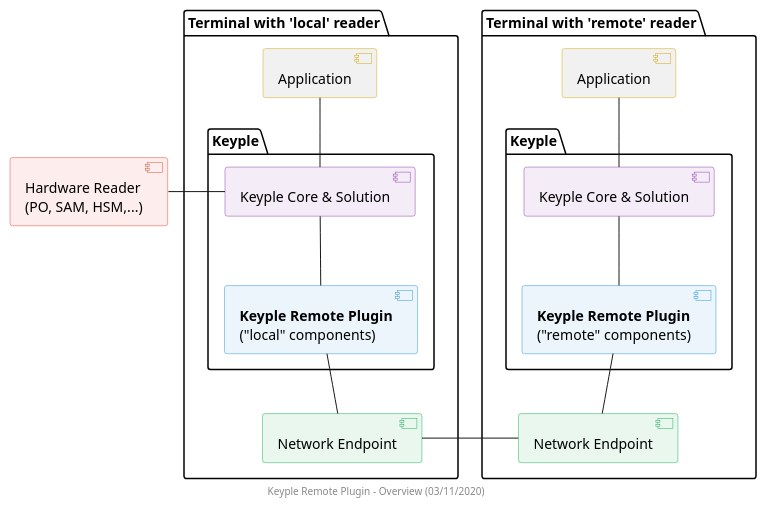
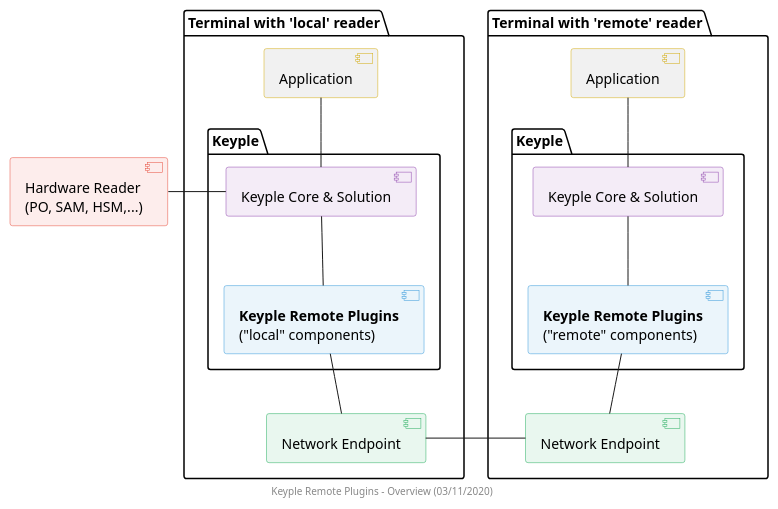
Before and after one commit to yvonneyam/keyple-website: the diagram in media/remote-plugin/component/Remote_Component_Overview.puml, drawn with PlantUML. The commit also changed 808 other files, not shown here.

```diff
--- a/media/remote-plugin/component/Remote_Component_Overview.puml
+++ b/media/remote-plugin/component/Remote_Component_Overview.puml
@@ -1,68 +1,68 @@
 @startuml
 footer
-    Keyple Remote Plugin - Overview (03/11/2020)
+    Keyple Remote Plugins - Overview (03/11/2020)
 end footer
 
 ' == THEME ==
 
 'Couleurs issues de : https://htmlcolorcodes.com/fr/tableau-de-couleur/tableau-de-couleur-design-plat/
 skinparam Shadowing false
 skinparam component {
     BorderColor #D4AC0D
     ' Red
     BackgroundColor<<red>> #FDEDEC
     BorderColor<<red>> #E74C3C
     ' Purple
     BackgroundColor<<purple>> #F4ECF7
     BorderColor<<purple>> #8E44AD
     ' blue
     BackgroundColor<<blue>> #EBF5FB
     BorderColor<<blue>> #3498DB
     ' Green
     BackgroundColor<<green>> #E9F7EF
     BorderColor<<green>> #27AE60
     ' Grey
     BackgroundColor<<grey>> #EAECEE
     BorderColor<<grey>> #2C3E50
 }
 hide <<red>> stereotype
 hide <<purple>> stereotype
 hide <<blue>> stereotype
 hide <<green>> stereotype
 hide <<grey>> stereotype
 
 ' == CONTENT ==
 
 [Hardware Reader\n(PO, SAM, HSM,...)] as reader <<red>>
 
 package "Terminal with 'local' reader" {
     [Application] as appA
     package "Keyple" as localKeyple {
-        [**Keyple Remote Plugin**\n("local" components)] as localLib <<blue>>
+        [**Keyple Remote Plugins**\n("local" components)] as localLib <<blue>>
         [Keyple Core & Solution] as localKeypleLibs <<purple>>
     }
     [Network Endpoint] as endpointA <<green>>
 }
 
 package "Terminal with 'remote' reader" {
     [Application] as appB
     package "Keyple" as remoteKeyple {
         [Keyple Core & Solution] as remoteKeypleLibs <<purple>>
-        [**Keyple Remote Plugin**\n("remote" components)] as remoteLib <<blue>>
+        [**Keyple Remote Plugins**\n("remote" components)] as remoteLib <<blue>>
     }
     [Network Endpoint] as endpointB <<green>>
 }
 
 reader - localKeypleLibs
 
 appA -- localKeypleLibs
 localKeypleLibs -- localLib
 localLib -- endpointA
 
 endpointA - endpointB
 
 appB -- remoteKeypleLibs
 remoteKeypleLibs -- remoteLib
 remoteLib -- endpointB
 
 @enduml
```
